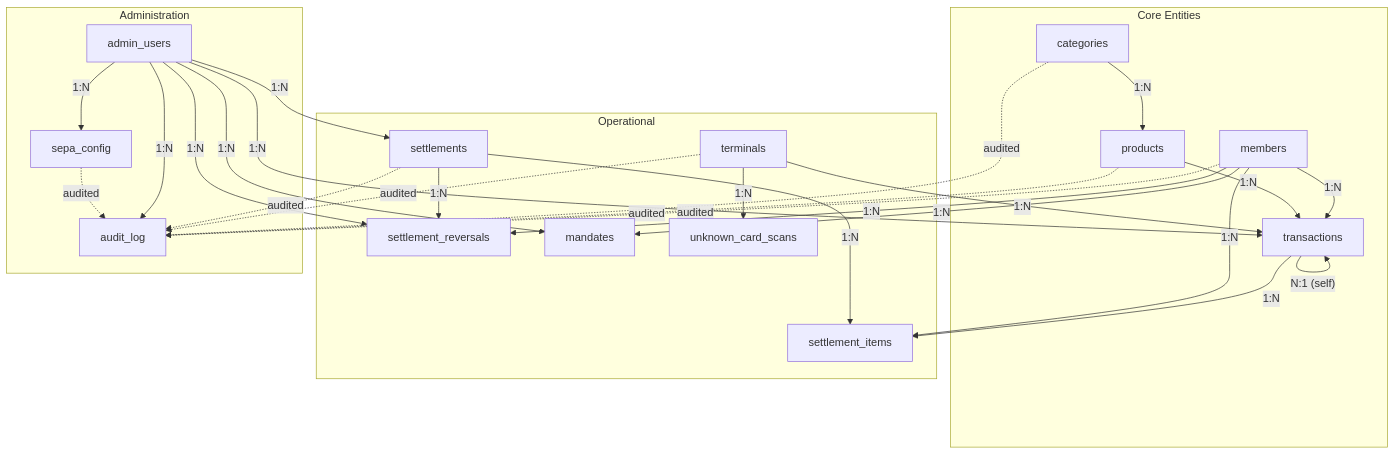
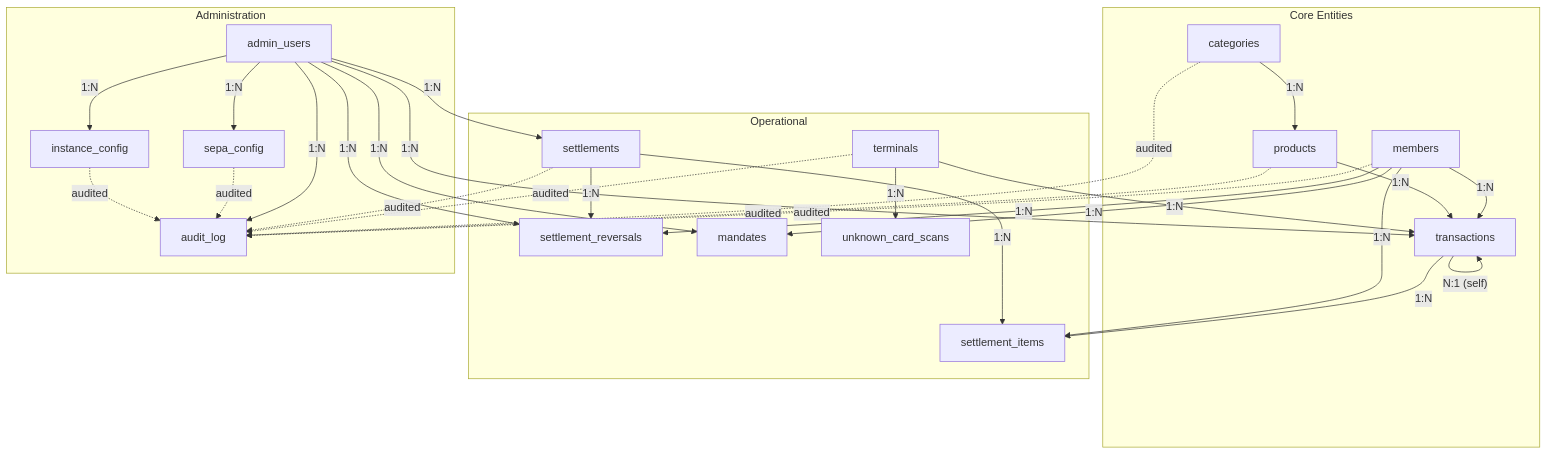
The second of 2 diagrams in docs/erm-master.md (dgloeckner/clubbar), drawn with Mermaid before and after one commit. The commit also changed other lines of this file and 48 other files, not shown here.

````diff
--- a/docs/erm-master.md
+++ b/docs/erm-master.md
@@ -644,50 +667,53 @@
 ```mermaid
 flowchart TB
     subgraph Core["Core Entities"]
         M[members]
         C[categories]
         P[products]
         TX[transactions]
     end
 
     subgraph Operations["Operational"]
         T[terminals]
         S[settlements]
         SI[settlement_items]
         SR[settlement_reversals]
         MD[mandates]
         UC[unknown_card_scans]
     end
 
     subgraph Admin["Administration"]
         AU[admin_users]
         AL[audit_log]
         SC[sepa_config]
+        IC[instance_config]
     end
 
     C -->|"1:N"| P
     M -->|"1:N"| TX
     P -->|"1:N"| TX
     T -->|"1:N"| TX
     AU -->|"1:N"| TX
     TX -->|"N:1 (self)"| TX
     S -->|"1:N"| SI
     TX -->|"1:N"| SI
     M -->|"1:N"| SI
     S -->|"1:N"| SR
     M -->|"1:N"| SR
     AU -->|"1:N"| SR
     M -->|"1:N"| MD
     AU -->|"1:N"| MD
     AU -->|"1:N"| S
     AU -->|"1:N"| AL
     T -->|"1:N"| UC
     AU -->|"1:N"| SC
+    AU -->|"1:N"| IC
 
     M -.->|"audited"| AL
     P -.->|"audited"| AL
     C -.->|"audited"| AL
     T -.->|"audited"| AL
     S -.->|"audited"| AL
     SC -.->|"audited"| AL
+    IC -.->|"audited"| AL
 ```
````
